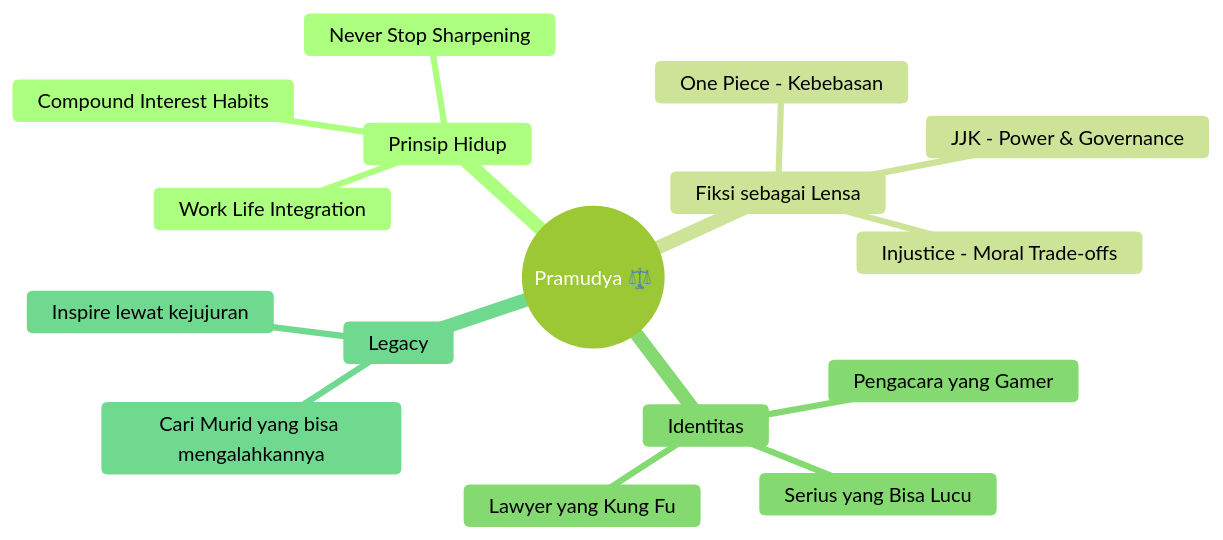
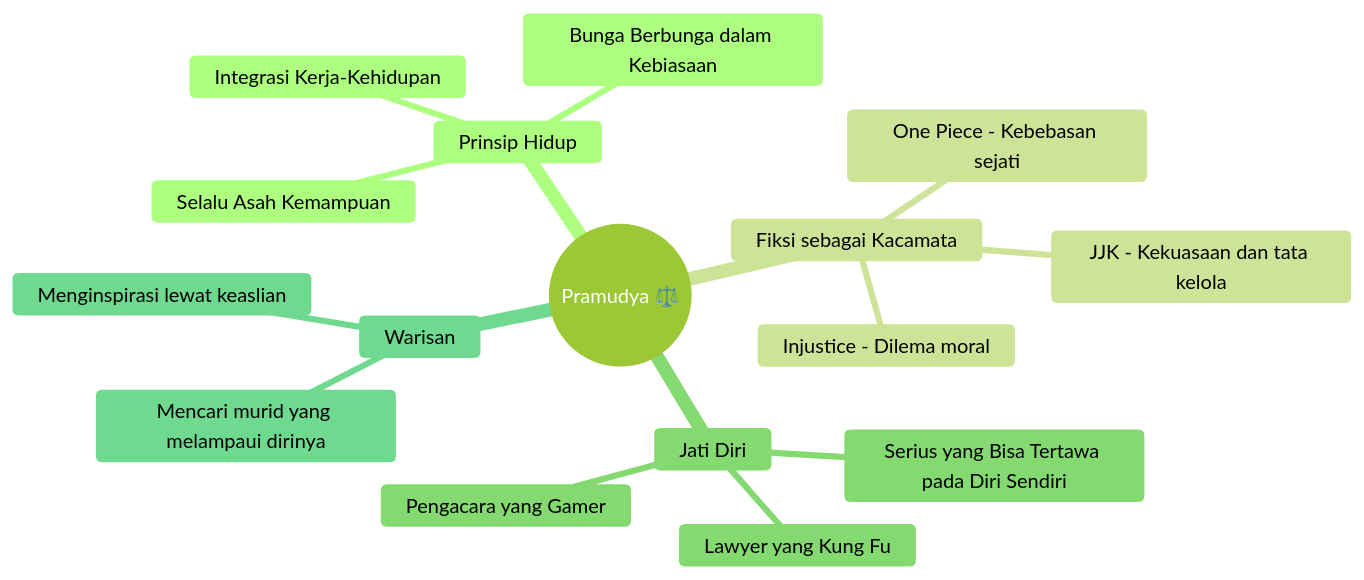
One commit to dwirx/BangunAI-Blog changed the diagram in src/content/writing/pramudya-oktavinanda-wiui-part-2.mdx. Above: the diagram before and after it, drawn with Mermaid (forest theme). The commit also changed other lines of this file, not shown here.

Commit message:
Revisi Part 2: tulis ulang penuh dalam Bahasa Indonesia yang baik dan mudah dipahami

````diff
--- a/src/content/writing/pramudya-oktavinanda-wiui-part-2.mdx
+++ b/src/content/writing/pramudya-oktavinanda-wiui-part-2.mdx
@@ -267,19 +288,19 @@
 ```mermaid
 mindmap
   root((Pramudya ⚖️))
     Prinsip Hidup
-      Work Life Integration
-      Compound Interest Habits
-      Never Stop Sharpening
-    Fiksi sebagai Lensa
-      One Piece - Kebebasan
-      JJK - Power & Governance
-      Injustice - Moral Trade-offs
-    Identitas
+      Integrasi Kerja-Kehidupan
+      Bunga Berbunga dalam Kebiasaan
+      Selalu Asah Kemampuan
+    Fiksi sebagai Kacamata
+      One Piece - Kebebasan sejati
+      JJK - Kekuasaan dan tata kelola
+      Injustice - Dilema moral
+    Jati Diri
       Pengacara yang Gamer
       Lawyer yang Kung Fu
-      Serius yang Bisa Lucu
-    Legacy
-      Cari Murid yang bisa mengalahkannya
-      Inspire lewat kejujuran
+      Serius yang Bisa Tertawa pada Diri Sendiri
+    Warisan
+      Mencari murid yang melampaui dirinya
+      Menginspirasi lewat keaslian
 ```
````
